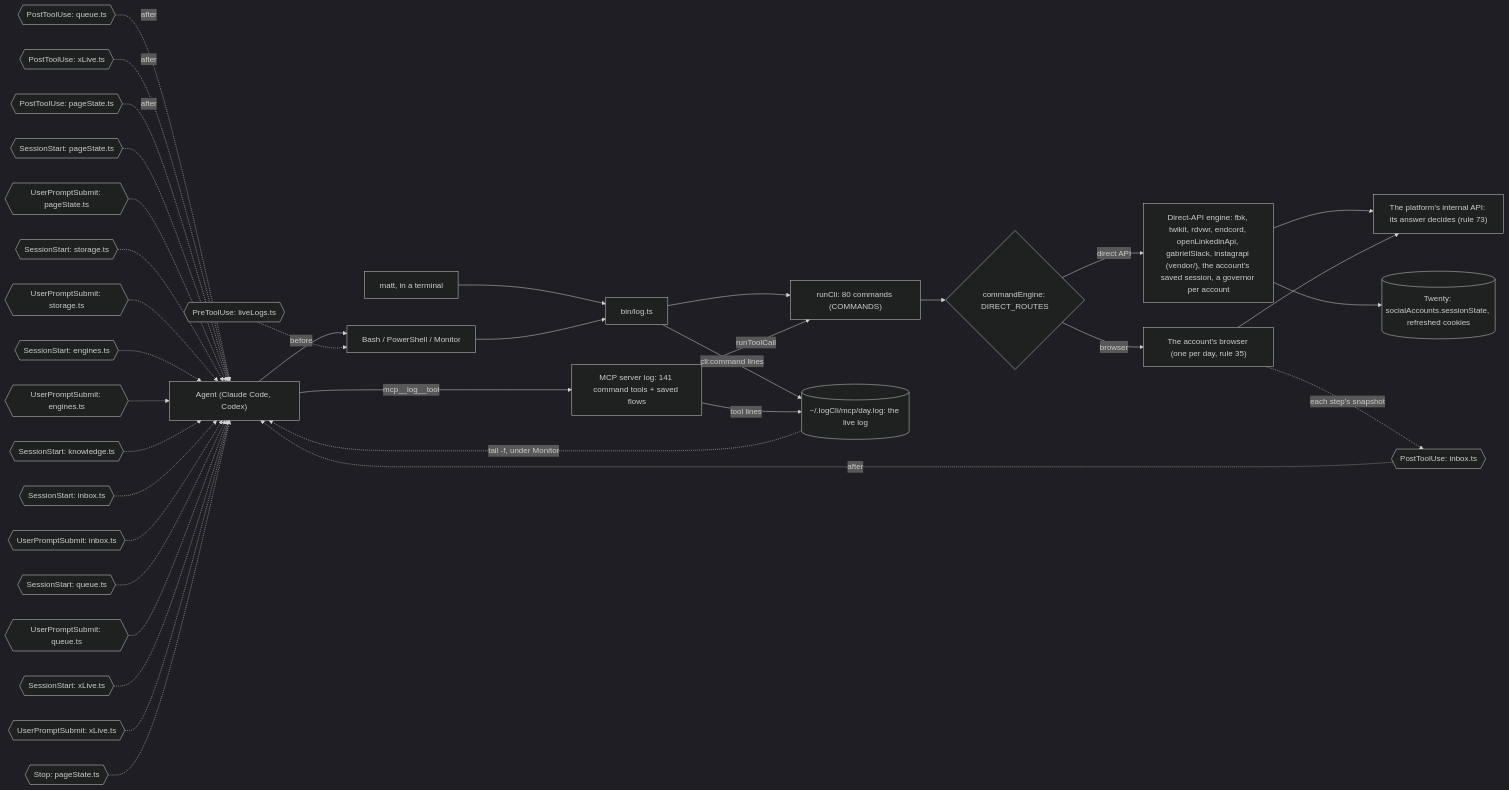
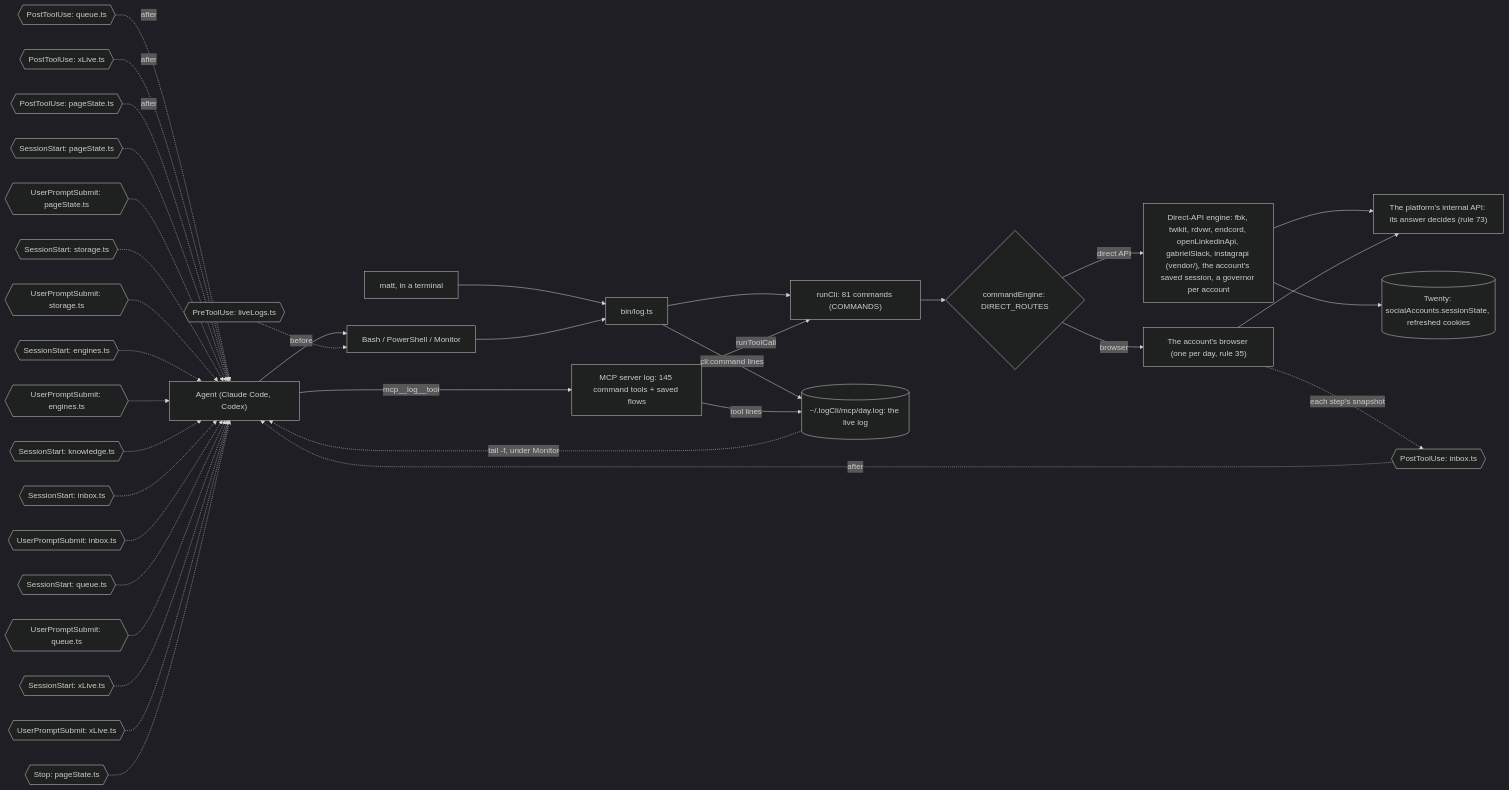
One commit to matthewdonsemail-lab/log changed the third of 6 diagrams in docs/reference.md. Above: the diagram before and after it, drawn with Mermaid (dark theme). The commit also changed other lines of this file and 43 other files, not shown here.

````diff
--- a/docs/reference.md
+++ b/docs/reference.md
@@ -178,50 +178,50 @@
 ```mermaid
 flowchart LR
   agent["Agent (Claude Code, Codex)"]
   matt["matt, in a terminal"]
   shell["Bash / PowerShell / Monitor"]
-  mcp["MCP server log: 141 command tools + saved flows"]
+  mcp["MCP server log: 145 command tools + saved flows"]
   bin["bin/log.ts"]
-  runCli["runCli: 80 commands (COMMANDS)"]
+  runCli["runCli: 81 commands (COMMANDS)"]
   live[("~/.logCli/mcp/day.log: the live log")]
   engine{"commandEngine: DIRECT_ROUTES"}
   direct["Direct-API engine: fbk, twikit, rdvwr, endcord, openLinkedinApi, gabrielSlack, instagrapi (vendor/), the account's saved session, a governor per account"]
   browser["The account's browser (one per day, rule 35)"]
   api["The platform's internal API: its answer decides (rule 73)"]
   twenty[("Twenty: socialAccounts.sessionState, refreshed cookies")]
   agent --> shell
   matt --> bin
   shell --> bin
   agent -->|mcp__log__tool| mcp
   bin --> runCli
   mcp -->|runToolCall| runCli
   runCli --> engine
   engine -->|direct API| direct
   engine -->|browser| browser
   direct --> api
   browser --> api
   direct --> twenty
   bin -->|cli:command lines| live
   mcp -->|tool lines| live
   live -.->|tail -f, under Monitor| agent
   pre0{{"PreToolUse: liveLogs.ts"}} -.->|before| shell
   post0{{"PostToolUse: inbox.ts"}} -.->|after| agent
   post1{{"PostToolUse: queue.ts"}} -.->|after| agent
   post2{{"PostToolUse: xLive.ts"}} -.->|after| agent
   post3{{"PostToolUse: pageState.ts"}} -.->|after| agent
   turn0{{"SessionStart: pageState.ts"}} -.-> agent
   turn1{{"UserPromptSubmit: pageState.ts"}} -.-> agent
   turn2{{"SessionStart: storage.ts"}} -.-> agent
   turn3{{"UserPromptSubmit: storage.ts"}} -.-> agent
   turn4{{"SessionStart: engines.ts"}} -.-> agent
   turn5{{"UserPromptSubmit: engines.ts"}} -.-> agent
   turn6{{"SessionStart: knowledge.ts"}} -.-> agent
   turn7{{"SessionStart: inbox.ts"}} -.-> agent
   turn8{{"UserPromptSubmit: inbox.ts"}} -.-> agent
   turn9{{"SessionStart: queue.ts"}} -.-> agent
   turn10{{"UserPromptSubmit: queue.ts"}} -.-> agent
   turn11{{"SessionStart: xLive.ts"}} -.-> agent
   turn12{{"UserPromptSubmit: xLive.ts"}} -.-> agent
   turn13{{"Stop: pageState.ts"}} -.-> agent
   browser -.->|each step's snapshot| post0
 ```
````
